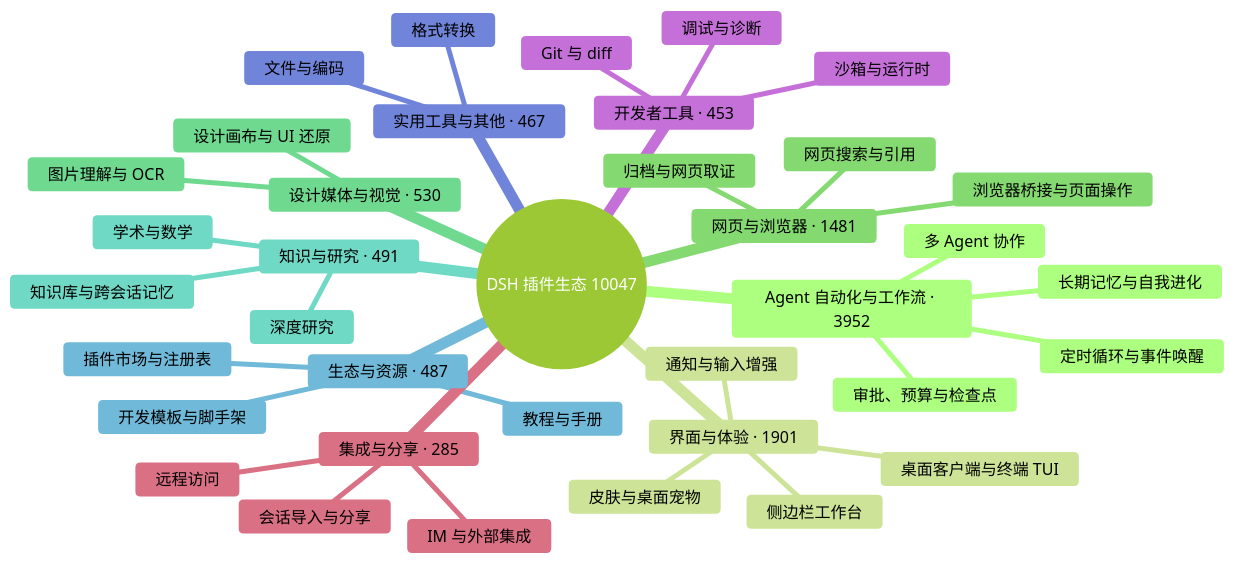
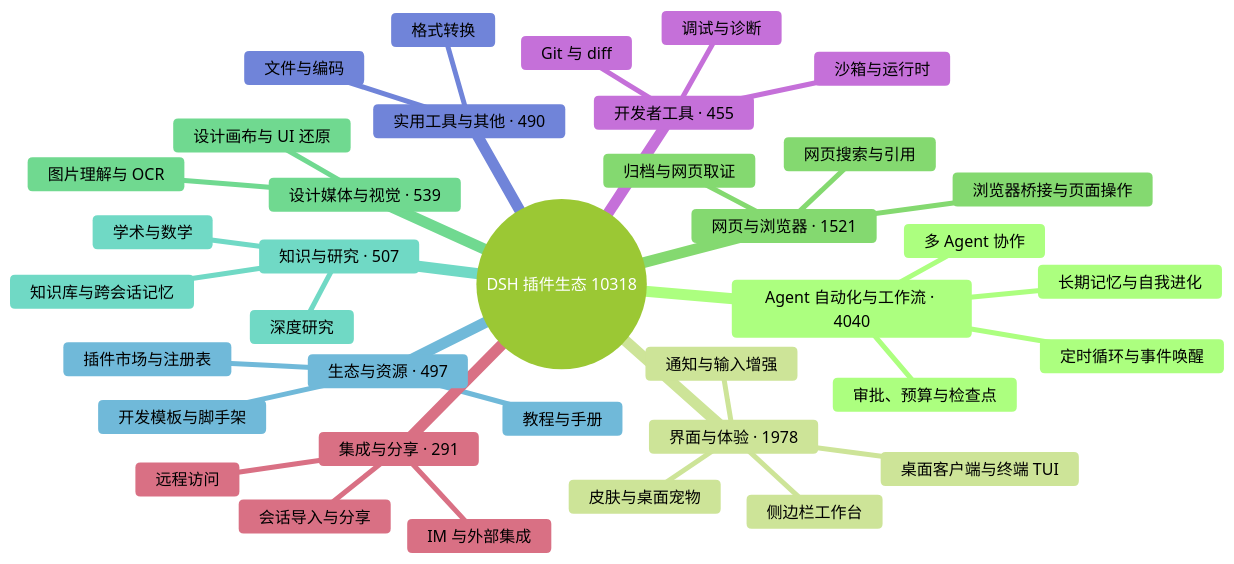
One commit to the-beating-light-of-the-nail/dsh-meme-hub-site changed the diagram in public/readmes/bruc3van-awesome-dsh-plugin.md. Above: the diagram before and after it, drawn with Mermaid (forest theme). The commit also changed other lines of this file and 979 other files, not shown here.

````diff
--- a/public/readmes/bruc3van-awesome-dsh-plugin.md
+++ b/public/readmes/bruc3van-awesome-dsh-plugin.md
@@ -33,40 +33,40 @@
 ```mermaid
 mindmap
-  root((DSH 插件生态 10047))
-    Agent 自动化与工作流 · 3952
+  root((DSH 插件生态 10318))
+    Agent 自动化与工作流 · 4040
       定时循环与事件唤醒
       多 Agent 协作
       长期记忆与自我进化
       审批、预算与检查点
-    界面与体验 · 1901
+    界面与体验 · 1978
       桌面客户端与终端 TUI
       侧边栏工作台
       皮肤与桌面宠物
       通知与输入增强
-    网页与浏览器 · 1481
+    网页与浏览器 · 1521
       浏览器桥接与页面操作
       网页搜索与引用
       归档与网页取证
-    设计媒体与视觉 · 530
+    设计媒体与视觉 · 539
       图片理解与 OCR
       设计画布与 UI 还原
-    知识与研究 · 491
+    知识与研究 · 507
       知识库与跨会话记忆
       深度研究
       学术与数学
-    生态与资源 · 487
+    生态与资源 · 497
       插件市场与注册表
       开发模板与脚手架
       教程与手册
-    实用工具与其他 · 467
+    实用工具与其他 · 490
       文件与编码
       格式转换
-    开发者工具 · 453
+    开发者工具 · 455
       Git 与 diff
       沙箱与运行时
       调试与诊断
-    集成与分享 · 285
+    集成与分享 · 291
       会话导入与分享
       远程访问
       IM 与外部集成
 ```
````
